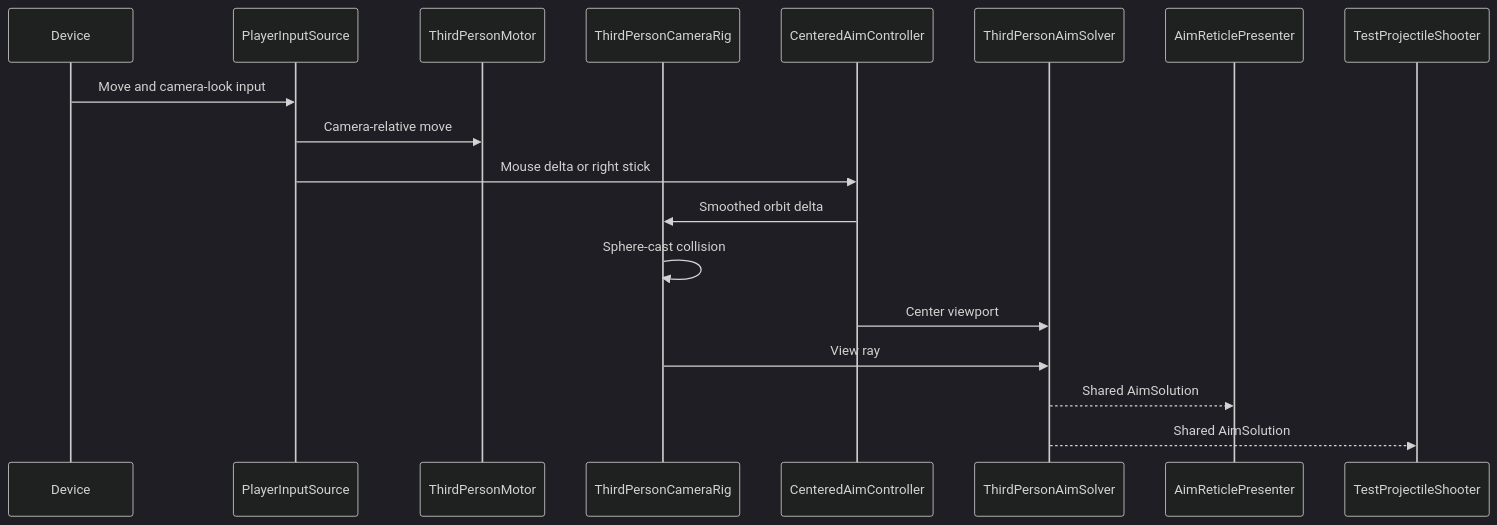
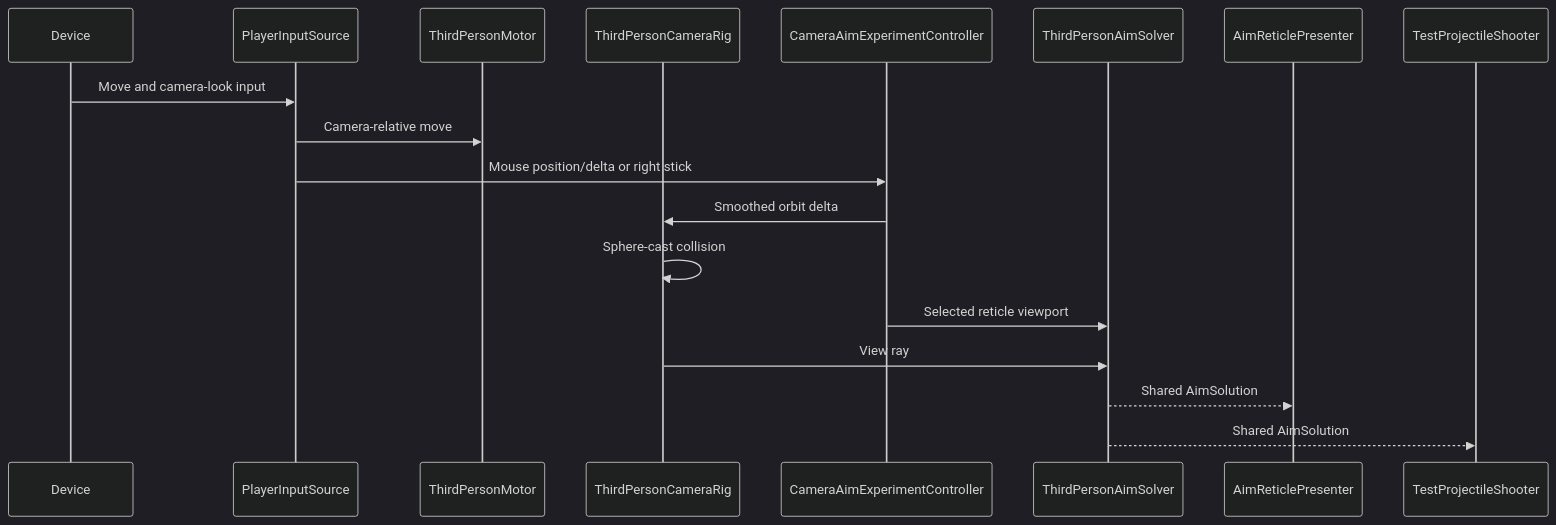
One commit to Zanark/Entropy-Tag changed the fourth of 4 diagrams in docs/02_TECHNICAL_ARCHITECTURE.md. Above: the diagram before and after it, drawn with Mermaid (dark theme). The commit also changed other lines of this file and 96 other files, not shown here.

````diff
--- a/docs/02_TECHNICAL_ARCHITECTURE.md
+++ b/docs/02_TECHNICAL_ARCHITECTURE.md
@@ -261,24 +256,24 @@
 ```mermaid
 sequenceDiagram
     accTitle: Implemented player and aim frame
     accDescr: Input updates movement and camera, camera collision resolves position, one physics ray determines the aim point, and presentation consumes that same result.
 
     participant Device
     participant Input as PlayerInputSource
     participant Motor as ThirdPersonMotor
     participant Camera as ThirdPersonCameraRig
-    participant CenteredAim as CenteredAimController
+    participant Experiment as CameraAimExperimentController
     participant Aim as ThirdPersonAimSolver
     participant View as AimReticlePresenter
     participant Shot as TestProjectileShooter
 
     Device->>Input: Move and camera-look input
     Input->>Motor: Camera-relative move
-    Input->>CenteredAim: Mouse delta or right stick
-    CenteredAim->>Camera: Smoothed orbit delta
+    Input->>Experiment: Mouse position/delta or right stick
+    Experiment->>Camera: Smoothed orbit delta
     Camera->>Camera: Sphere-cast collision
-    CenteredAim->>Aim: Center viewport
+    Experiment->>Aim: Selected reticle viewport
     Camera->>Aim: View ray
     Aim-->>View: Shared AimSolution
     Aim-->>Shot: Shared AimSolution
 ```
````
